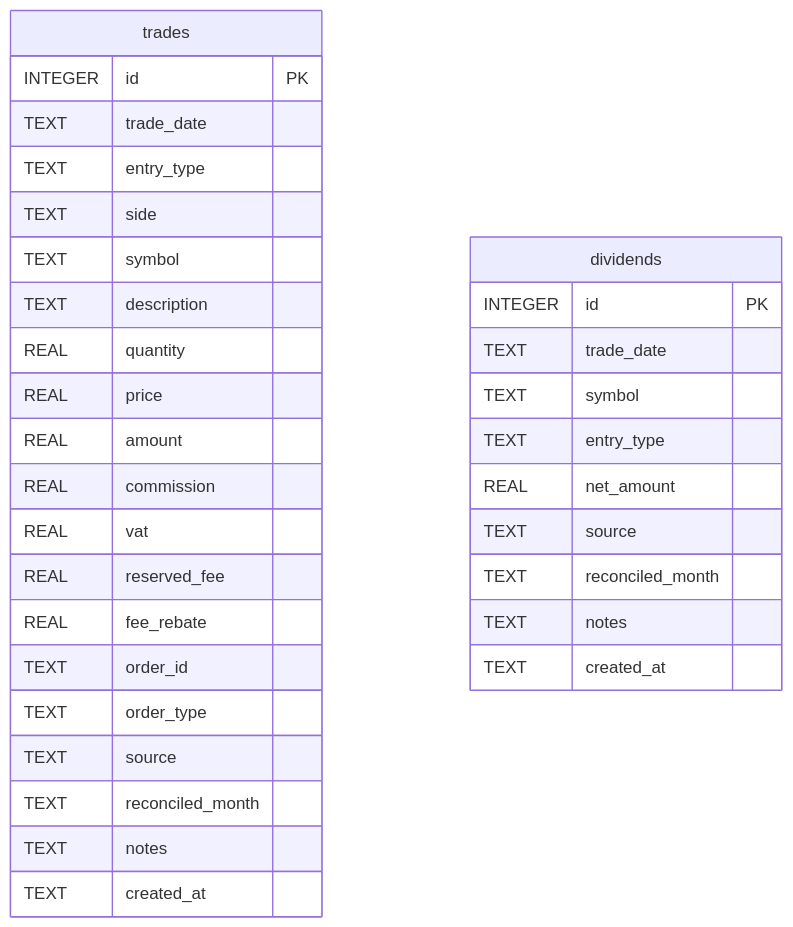
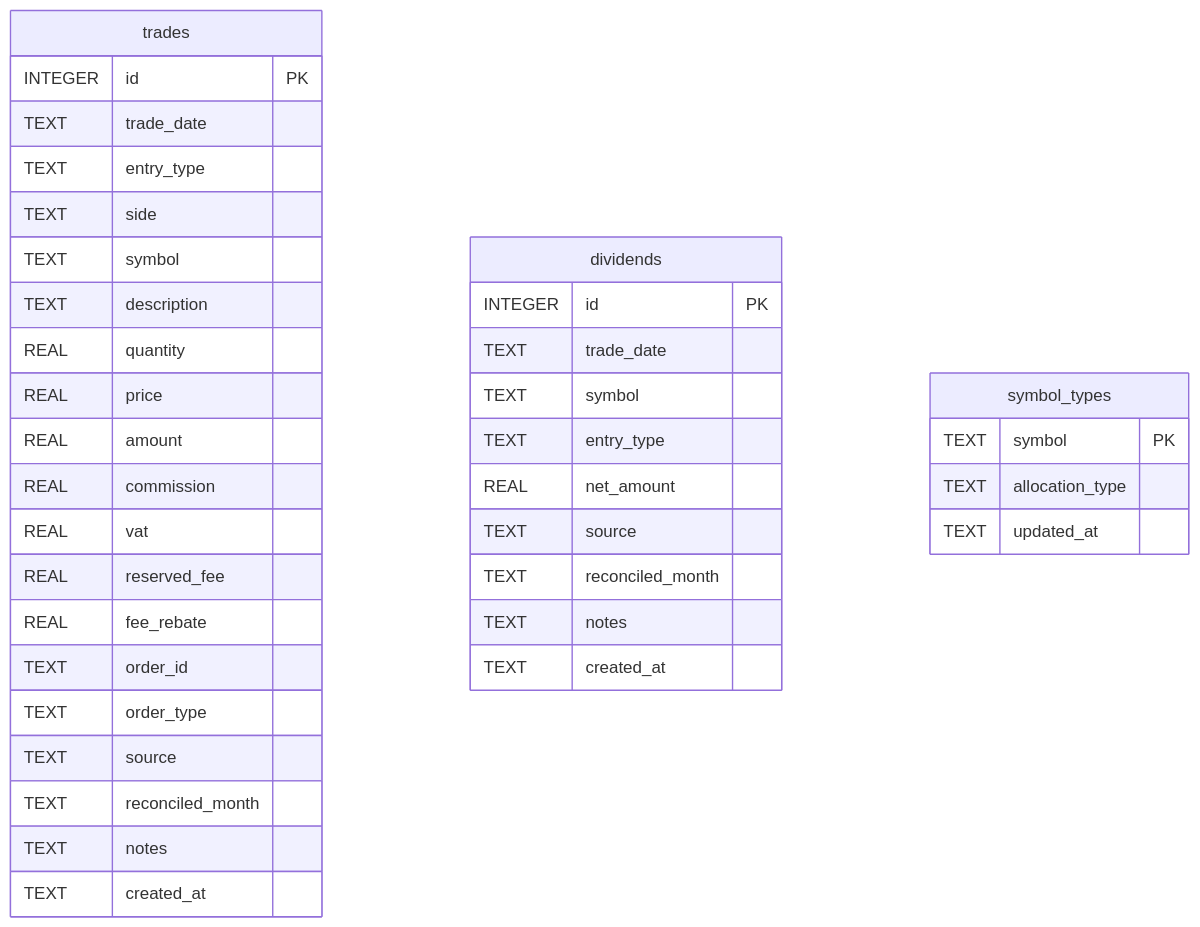
The diagram in docs/DATA_MODEL.md (pkamnoed-hash/analyze-monthly-offshore-statement), drawn with Mermaid before and after one commit. The commit also changed other lines of this file and 11 other files, not shown here.

First line of the commit message:
Add Allocation Type (v2.1): classify each symbol as Dividend or Growth

````diff
--- a/docs/DATA_MODEL.md
+++ b/docs/DATA_MODEL.md
@@ -7,35 +9,40 @@
 ```mermaid
 erDiagram
     trades {
         INTEGER id PK
         TEXT trade_date
         TEXT entry_type
         TEXT side
         TEXT symbol
         TEXT description
         REAL quantity
         REAL price
         REAL amount
         REAL commission
         REAL vat
         REAL reserved_fee
         REAL fee_rebate
         TEXT order_id
         TEXT order_type
         TEXT source
         TEXT reconciled_month
         TEXT notes
         TEXT created_at
     }
     dividends {
         INTEGER id PK
         TEXT trade_date
         TEXT symbol
         TEXT entry_type
         REAL net_amount
         TEXT source
         TEXT reconciled_month
         TEXT notes
         TEXT created_at
     }
+    symbol_types {
+        TEXT symbol PK
+        TEXT allocation_type
+        TEXT updated_at
+    }
 ```
````
